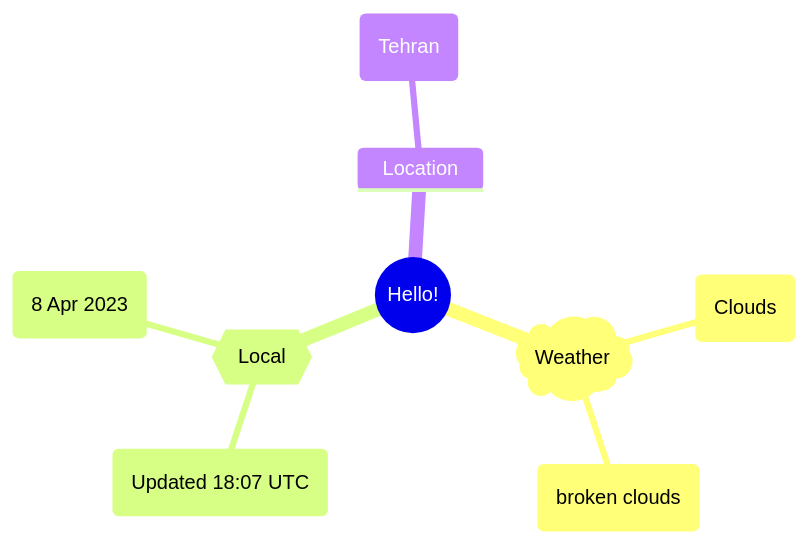
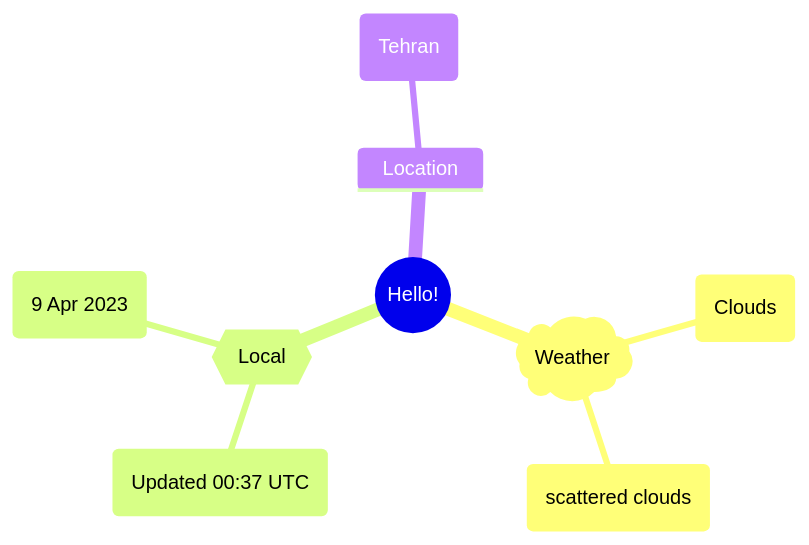
The first of 2 diagrams in README.md (Xosrov/Xosrov), drawn with Mermaid before and after one commit.

Commit message:
[bot] updated images

````diff
--- a/README.md
+++ b/README.md
@@ -3,12 +3,12 @@
 ```mermaid
 mindmap
   root((Hello!))
     )Weather(
         (Clouds)
-        (broken clouds)
+        (scattered clouds)
     {{Local}}
-        (Updated 18:07 UTC)
-        (8 Apr 2023)
+        (Updated 00:37 UTC)
+        (9 Apr 2023)
     Location
         (Tehran)
 ```
````
